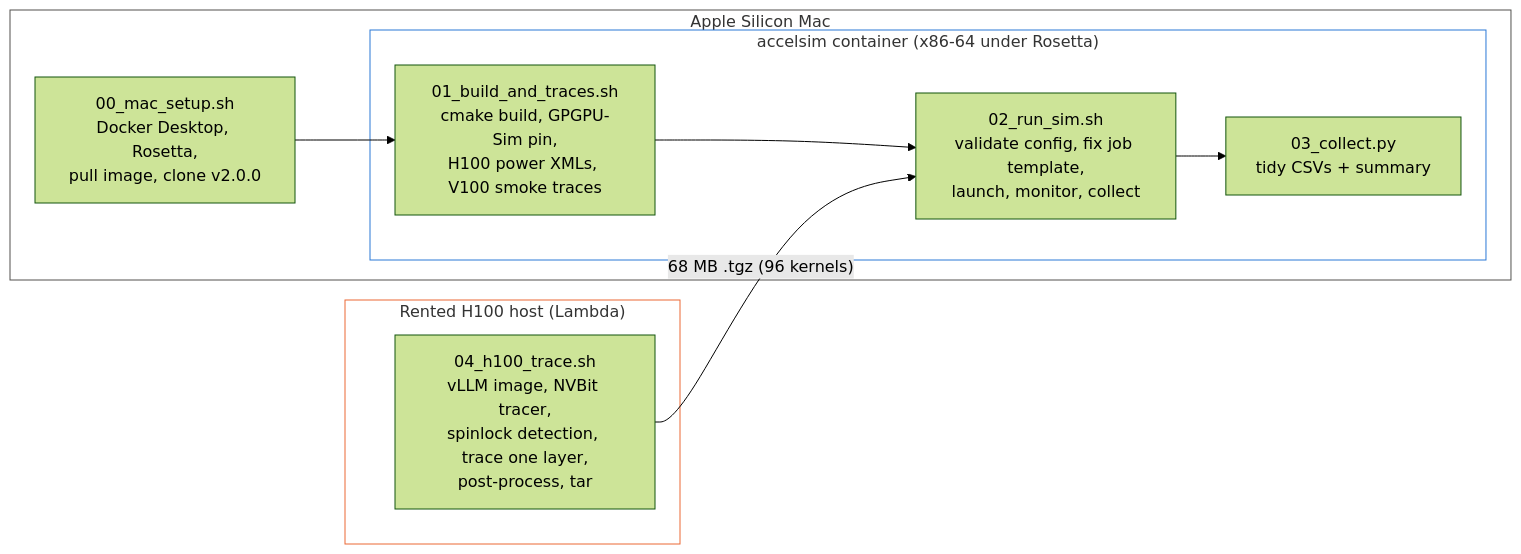
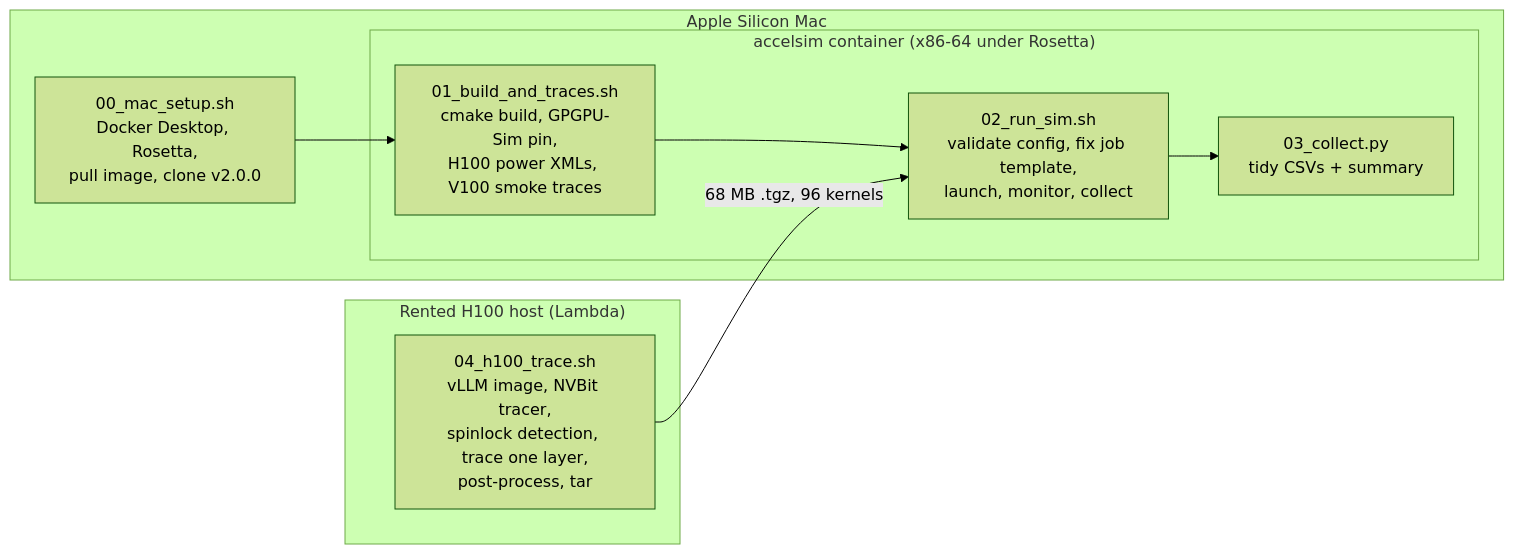
The diagram in README.md (DGK1105/accelsim-llm-perf-power), drawn with Mermaid (forest theme) before and after one commit.

Commit message:
README: simplify Mermaid diagram so GitHub renders it

````diff
--- a/README.md
+++ b/README.md
@@ -63,19 +63,16 @@
 ```mermaid
 flowchart LR
     subgraph MAC["Apple Silicon Mac"]
         A["00_mac_setup.sh<br/>Docker Desktop, Rosetta,<br/>pull image, clone v2.0.0"]
         subgraph C["accelsim container (x86-64 under Rosetta)"]
             B["01_build_and_traces.sh<br/>cmake build, GPGPU-Sim pin,<br/>H100 power XMLs, V100 smoke traces"]
             D["02_run_sim.sh<br/>validate config, fix job template,<br/>launch, monitor, collect"]
             E["03_collect.py<br/>tidy CSVs + summary"]
         end
     end
     subgraph H100["Rented H100 host (Lambda)"]
         F["04_h100_trace.sh<br/>vLLM image, NVBit tracer,<br/>spinlock detection, trace one layer,<br/>post-process, tar"]
     end
     A --> B --> D --> E
-    F -- "68 MB .tgz (96 kernels)" --> D
-    style MAC fill:none,stroke:#52514e,stroke-width:1px
-    style C fill:none,stroke:#2a78d6,stroke-width:1px
-    style H100 fill:none,stroke:#eb6834,stroke-width:1px
+    F -- "68 MB .tgz, 96 kernels" --> D
 ```
````
